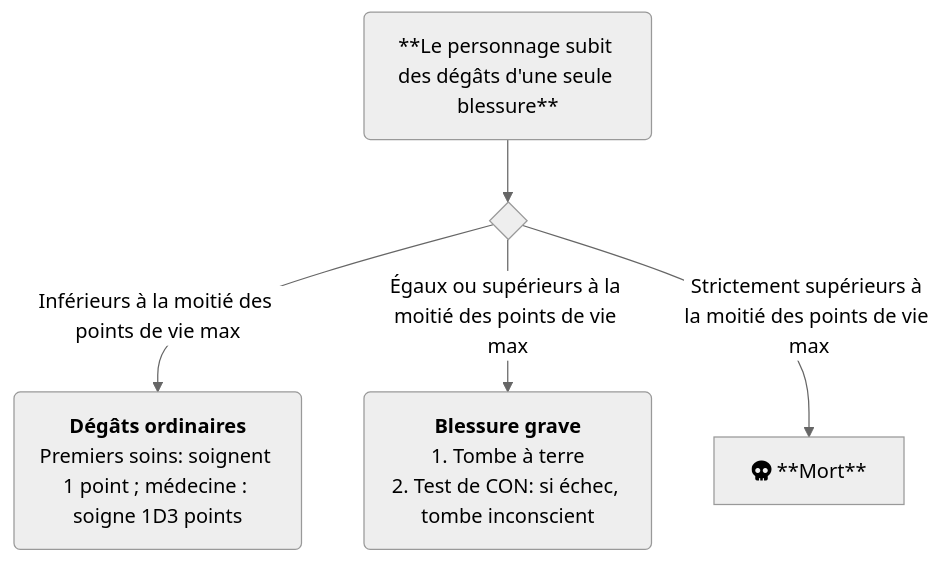
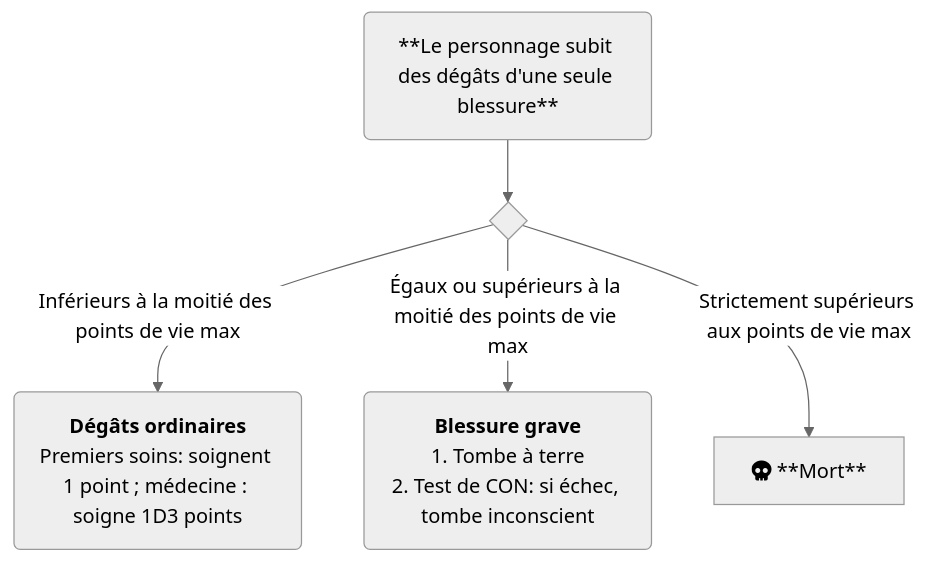
The first of 2 diagrams in jdr/adc/aide_memoire.md (Mikaciu/Mikaciu.github.io), drawn with Mermaid (neutral theme) before and after one commit.

````diff
--- a/jdr/adc/aide_memoire.md
+++ b/jdr/adc/aide_memoire.md
@@ -92,12 +92,12 @@
 ```mermaid
 flowchart TD;
 
 perso("**Le personnage subit des dégâts d'une seule blessure**") --> subit{ }
 
 subit -->|Inférieurs à la moitié des points de vie max| inferieur
 subit -->|Égaux ou supérieurs à la moitié des points de vie max| sup_egal
-subit -->|Strictement supérieurs à la moitié des points de vie max| sup_strict["fa:fa-skull **Mort**"]
+subit -->|Strictement supérieurs aux points de vie max| sup_strict["fa:fa-skull **Mort**"]
 
 inferieur("`**Dégâts ordinaires**<br>Premiers soins: soignent 1 point ; médecine : soigne 1D3 points`")
 sup_egal("`**Blessure grave**<br>1. Tombe à terre<br>2. Test de CON: si échec, tombe inconscient`")
 ```
````
